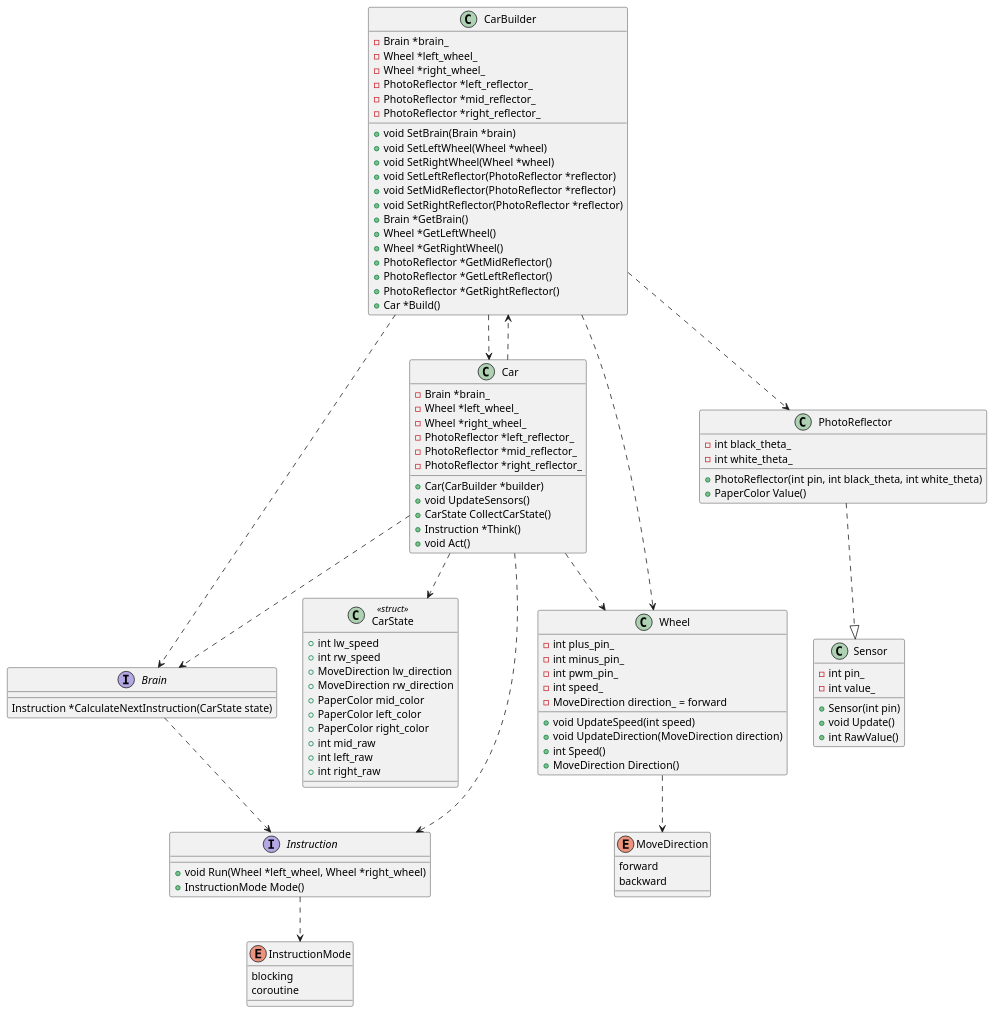
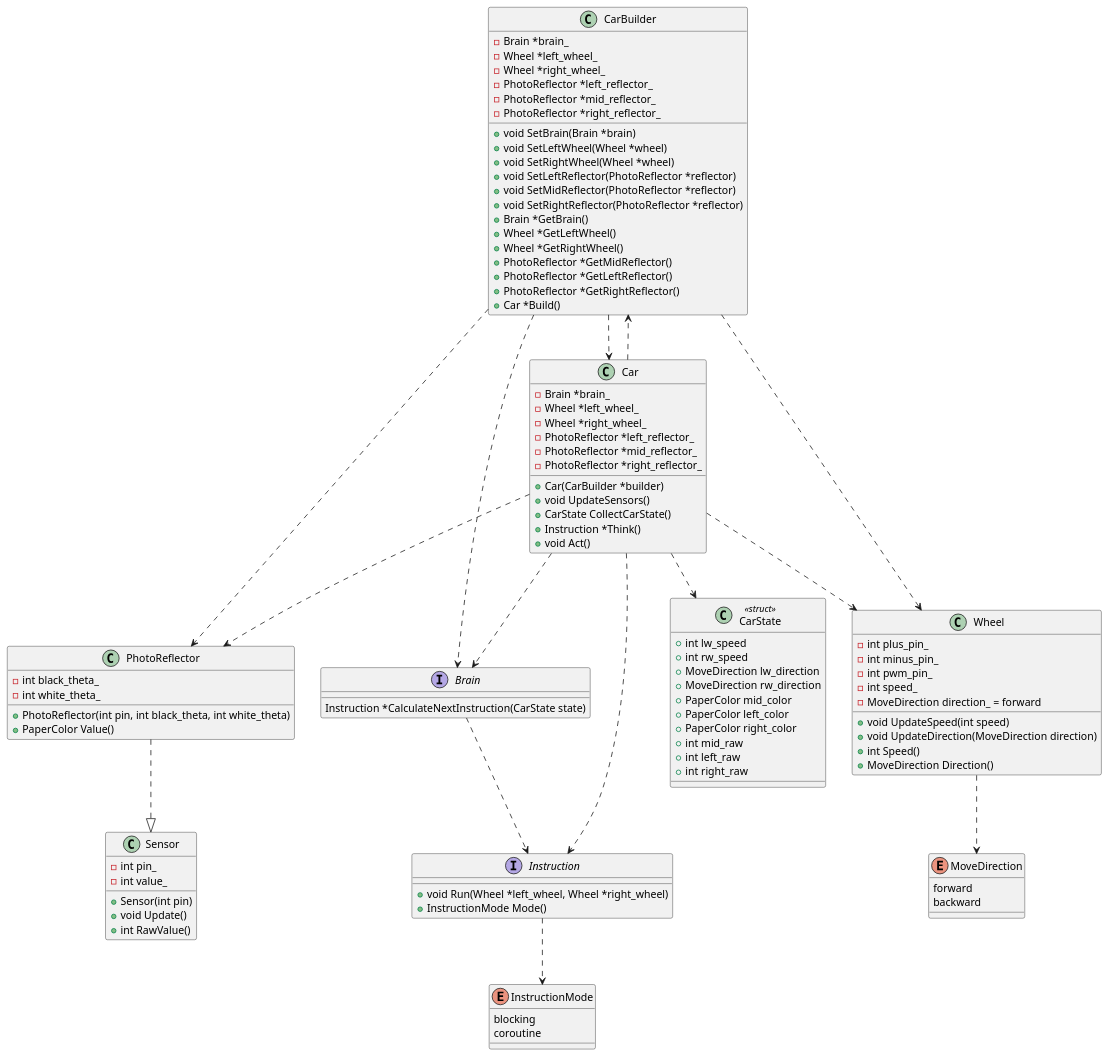
Before and after one commit to kitakkun/ArduinoCar: the diagram in uml/car_control.puml, drawn with PlantUML. The commit also changed 10 other files, not shown here.

```diff
--- a/uml/car_control.puml
+++ b/uml/car_control.puml
@@ -1,119 +1,120 @@
 @startuml
 'https://plantuml.com/class-diagram
 
 class CarBuilder {
 + void SetBrain(Brain *brain)
 + void SetLeftWheel(Wheel *wheel)
 + void SetRightWheel(Wheel *wheel)
 + void SetLeftReflector(PhotoReflector *reflector)
 + void SetMidReflector(PhotoReflector *reflector)
 + void SetRightReflector(PhotoReflector *reflector)
 + Brain *GetBrain()
 + Wheel *GetLeftWheel()
 + Wheel *GetRightWheel()
 + PhotoReflector *GetMidReflector()
 + PhotoReflector *GetLeftReflector()
 + PhotoReflector *GetRightReflector()
 + Car *Build()
 - Brain *brain_
 - Wheel *left_wheel_
 - Wheel *right_wheel_
 - PhotoReflector *left_reflector_
 - PhotoReflector *mid_reflector_
 - PhotoReflector *right_reflector_
 }
 
 CarBuilder ..> Car
 CarBuilder ..> PhotoReflector
 CarBuilder ..> Brain
 CarBuilder ..> Wheel
 Car ..> CarBuilder
 
 class Car {
 - Brain *brain_
 - Wheel *left_wheel_
 - Wheel *right_wheel_
 - PhotoReflector *left_reflector_
 - PhotoReflector *mid_reflector_
 - PhotoReflector *right_reflector_
 + Car(CarBuilder *builder)
 + void UpdateSensors()
 + CarState CollectCarState()
 + Instruction *Think()
 + void Act()
 }
 
 class CarState <<struct>>  {
 + int lw_speed
 + int rw_speed
 + MoveDirection lw_direction
 + MoveDirection rw_direction
 + PaperColor mid_color
 + PaperColor left_color
 + PaperColor right_color
 + int mid_raw
 + int left_raw
 + int right_raw
 }
 
 Car ..> CarState
 Car ..> Brain
 Car ..> Wheel
+Car ..> PhotoReflector
 
 interface Brain {
 Instruction *CalculateNextInstruction(CarState state)
 }
 
 Brain ..> Instruction
 Car ..> Instruction
 
 interface Instruction {
 + void Run(Wheel *left_wheel, Wheel *right_wheel)
 + InstructionMode Mode()
 }
 
 Instruction ..> InstructionMode
 
 enum InstructionMode {
     blocking
     coroutine
 }
 
 class Wheel {
 - int plus_pin_
 - int minus_pin_
 - int pwm_pin_
 - int speed_
 - MoveDirection direction_ = forward
 + void UpdateSpeed(int speed)
 + void UpdateDirection(MoveDirection direction)
 + int Speed()
 + MoveDirection Direction()
 }
 
 Wheel ..> MoveDirection
 
 enum MoveDirection {
     forward
     backward
 }
 
 class Sensor {
 - int pin_
 - int value_
 + Sensor(int pin)
 + void Update()
 + int RawValue()
 }
 
 class PhotoReflector {
 - int black_theta_
 - int white_theta_
 + PhotoReflector(int pin, int black_theta, int white_theta)
 + PaperColor Value()
 }
 
 
 PhotoReflector ..|> Sensor
 
 @enduml
```
